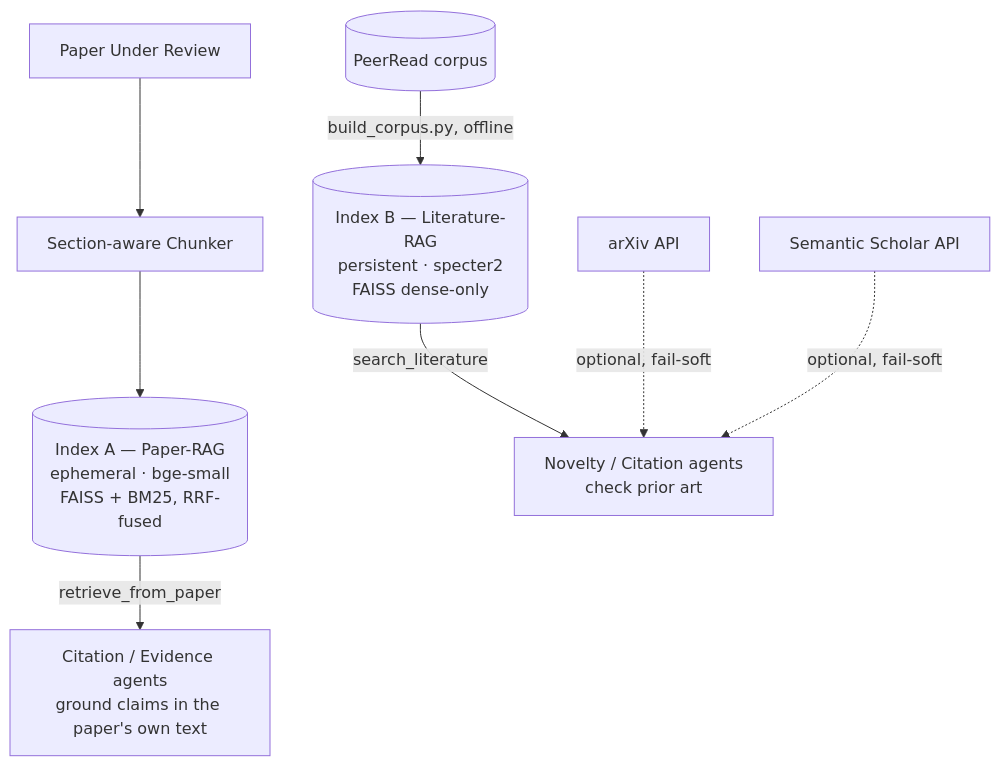
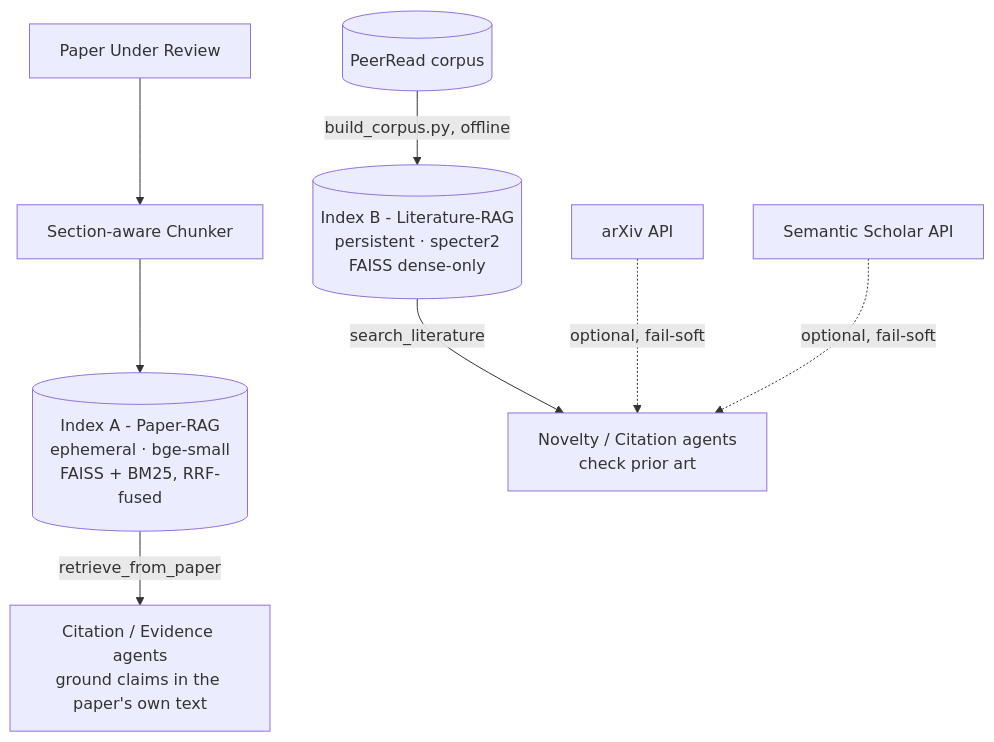
Before and after one commit to manikdigitaltech/StackOverflow_HACK60: the diagram in docs/RAG_ARCHITECTURE.md, drawn with Mermaid. The commit also changed other lines of this file and 46 other files, not shown here.

````diff
--- a/docs/RAG_ARCHITECTURE.md
+++ b/docs/RAG_ARCHITECTURE.md
@@ -27,12 +27,12 @@
 ```mermaid
 flowchart TB
     PDF[Paper Under Review] --> Chunker[Section-aware Chunker]
-    Chunker --> IdxA[("Index A — Paper-RAG\nephemeral · bge-small\nFAISS + BM25, RRF-fused")]
+    Chunker --> IdxA[("Index A - Paper-RAG\nephemeral · bge-small\nFAISS + BM25, RRF-fused")]
     IdxA -->|retrieve_from_paper| AgentsA[Citation / Evidence agents\nground claims in the paper's own text]
 
-    PeerRead[(PeerRead corpus)] -->|build_corpus.py, offline| IdxB[("Index B — Literature-RAG\npersistent · specter2\nFAISS dense-only")]
+    PeerRead[(PeerRead corpus)] -->|build_corpus.py, offline| IdxB[("Index B - Literature-RAG\npersistent · specter2\nFAISS dense-only")]
     IdxB -->|search_literature| AgentsB[Novelty / Citation agents\ncheck prior art]
 
     LiveArxiv[arXiv API] -.optional, fail-soft.-> AgentsB
     LiveSS[Semantic Scholar API] -.optional, fail-soft.-> AgentsB
 ```
````
